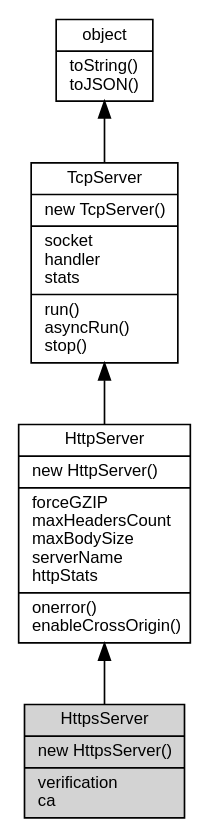
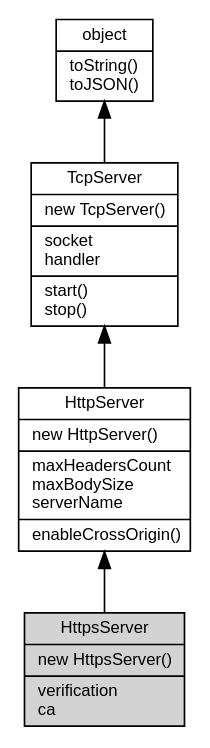
Before and after one commit to fibjs/fibjs.org: the diagram in docs/manual/object/ifs/HttpsServer.md, drawn with Graphviz. The commit also changed other lines of this file and 229 other files, not shown here.

````diff
--- a/docs/manual/object/ifs/HttpsServer.md
+++ b/docs/manual/object/ifs/HttpsServer.md
@@ -22,14 +22,14 @@
 ```dot
 digraph {
     node [fontname="Helvetica,sans-Serif", fontsize=10, shape="record", style="filled", fillcolor="white"];
 
     object [tooltip="object", URL="object.md", label="{object|toString()\ltoJSON()\l}"];
-    TcpServer [tooltip="TcpServer", URL="TcpServer.md", label="{TcpServer|new TcpServer()\l|socket\lhandler\lstats\l|run()\lasyncRun()\lstop()\l}"];
-    HttpServer [tooltip="HttpServer", URL="HttpServer.md", label="{HttpServer|new HttpServer()\l|forceGZIP\lmaxHeadersCount\lmaxBodySize\lserverName\lhttpStats\l|onerror()\lenableCrossOrigin()\l}"];
+    TcpServer [tooltip="TcpServer", URL="TcpServer.md", label="{TcpServer|new TcpServer()\l|socket\lhandler\l|start()\lstop()\l}"];
+    HttpServer [tooltip="HttpServer", URL="HttpServer.md", label="{HttpServer|new HttpServer()\l|maxHeadersCount\lmaxBodySize\lserverName\l|enableCrossOrigin()\l}"];
     HttpsServer [tooltip="HttpsServer", fillcolor="lightgray", id="me", label="{HttpsServer|new HttpsServer()\l|verification\lca\l}"];
 
     object -> TcpServer [dir=back];
     TcpServer -> HttpServer [dir=back];
     HttpServer -> HttpsServer [dir=back];
 }
 ```
````
